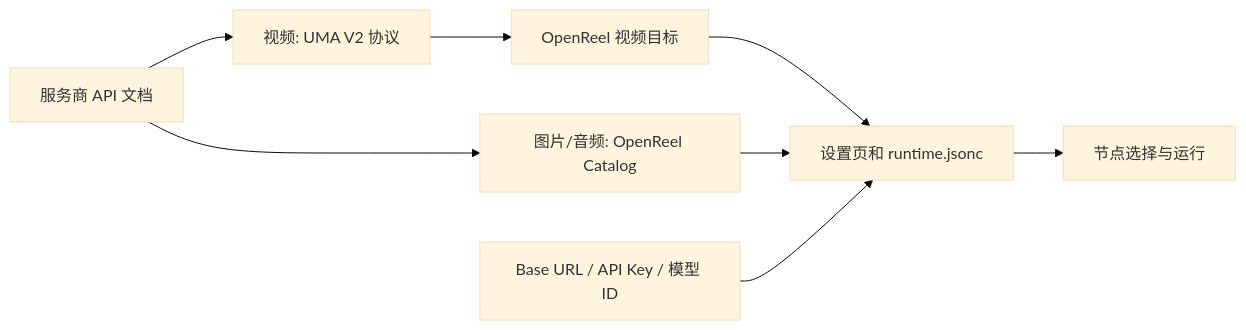
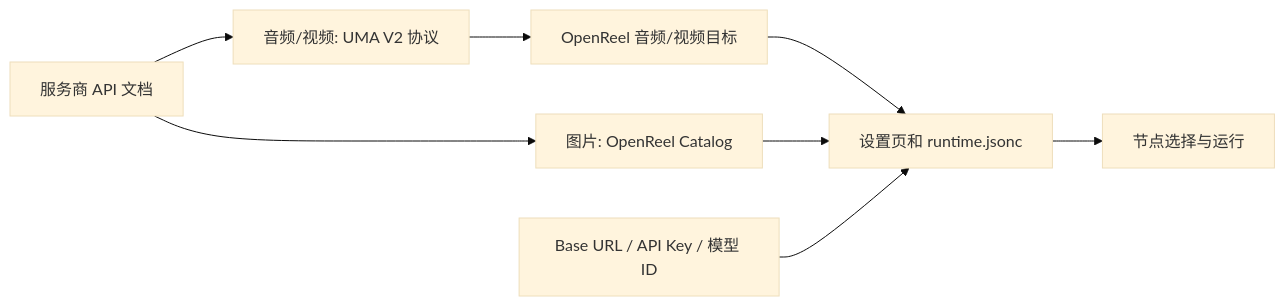
The first of 2 diagrams in docs/zh-CN/model-providers.md (yutianxiao6/openreel-studio), drawn with Mermaid (base theme) before and after one commit. The commit also changed other lines of this file and 31 other files, not shown here.

````diff
--- a/docs/zh-CN/model-providers.md
+++ b/docs/zh-CN/model-providers.md
@@ -24,10 +24,10 @@
 ```mermaid
 flowchart LR
-  A[服务商 API 文档] --> B[视频: UMA V2 协议]
-  A --> C[图片/音频: OpenReel Catalog]
-  B --> D[OpenReel 视频目标]
+  A[服务商 API 文档] --> B[音频/视频: UMA V2 协议]
+  A --> C[图片: OpenReel Catalog]
+  B --> D[OpenReel 音频/视频目标]
   D --> E[设置页和 runtime.jsonc]
   C --> E
   F[Base URL / API Key / 模型 ID] --> E
   E --> G[节点选择与运行]
 ```
````
